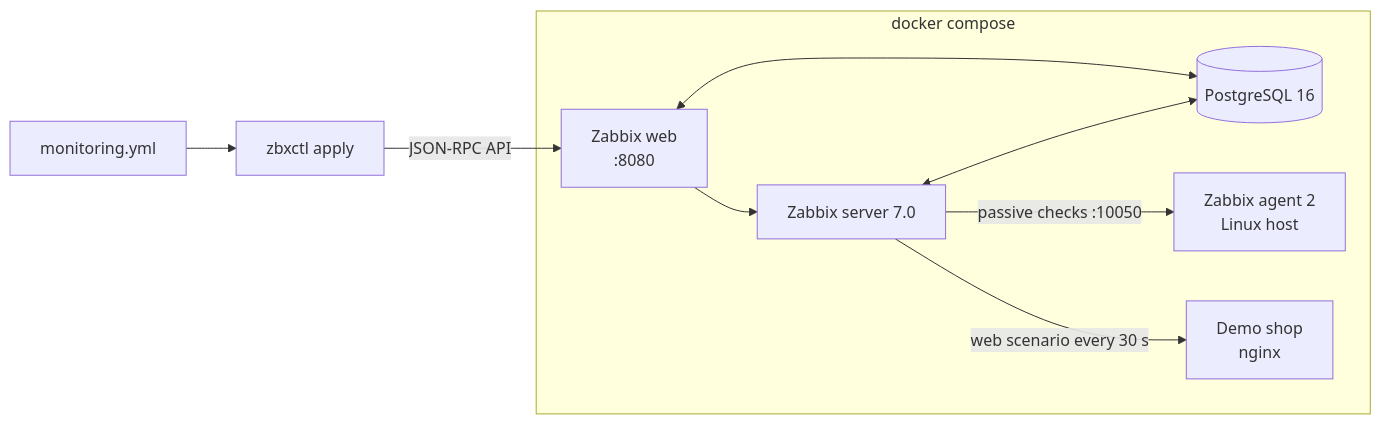
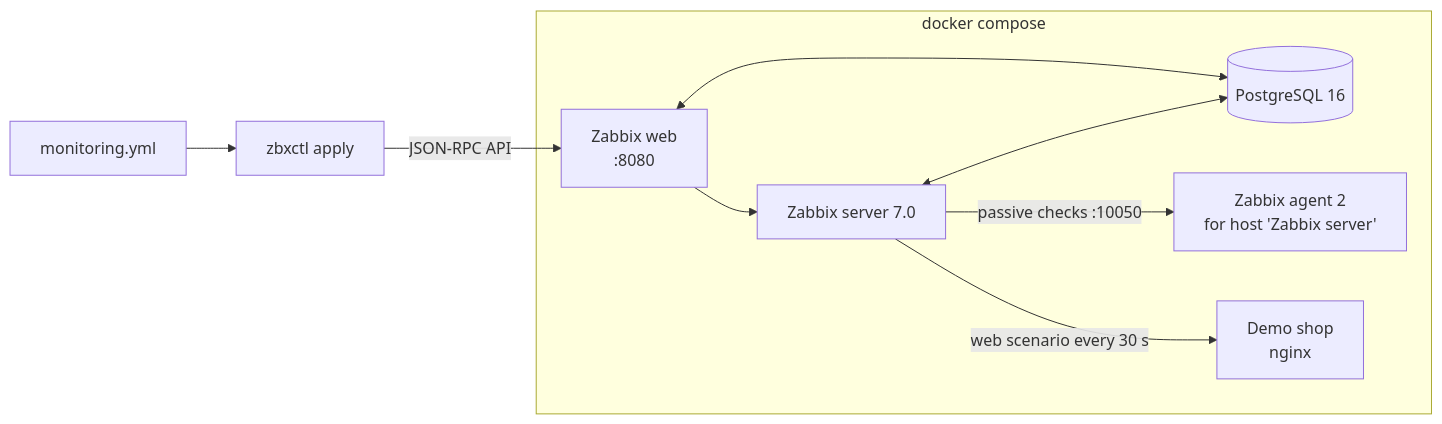
The diagram in README.md (taharabs/homelab-monitoring), drawn with Mermaid before and after one commit. The commit also changed other lines of this file and 7 other files, not shown here.

````diff
--- a/README.md
+++ b/README.md
@@ -18,16 +18,16 @@
 ```mermaid
 flowchart LR
     subgraph Lab["docker compose"]
         PG[("PostgreSQL 16")]
         S["Zabbix server 7.0"]
         W["Zabbix web<br/>:8080"]
-        A["Zabbix agent 2<br/>Linux host"]
+        A["Zabbix agent 2<br/>for host 'Zabbix server'"]
         N["Demo shop<br/>nginx"]
         S <--> PG
         W <--> PG
         W --> S
         S -- "passive checks :10050" --> A
         S -- "web scenario every 30 s" --> N
     end
     Y["monitoring.yml"] --> Z["zbxctl apply"] -- "JSON-RPC API" --> W
 ```
````
